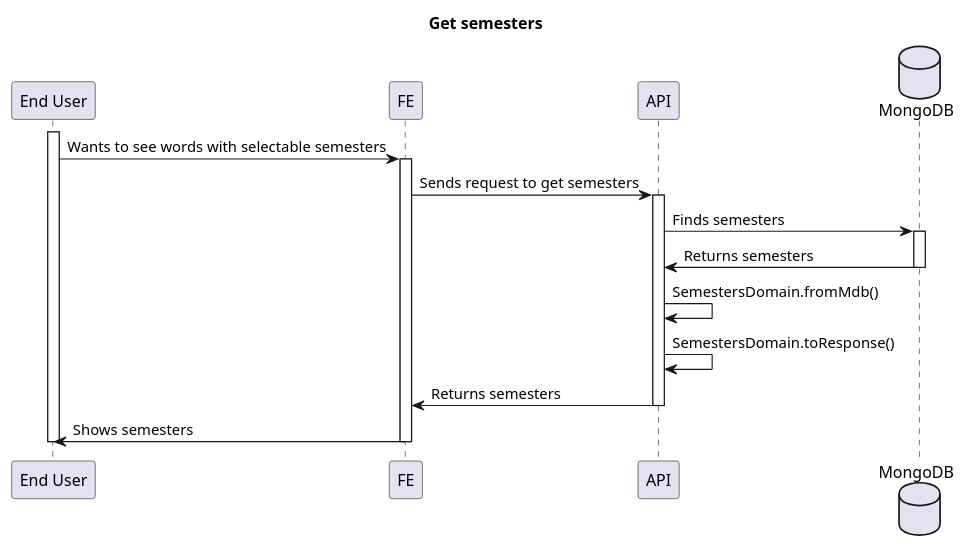
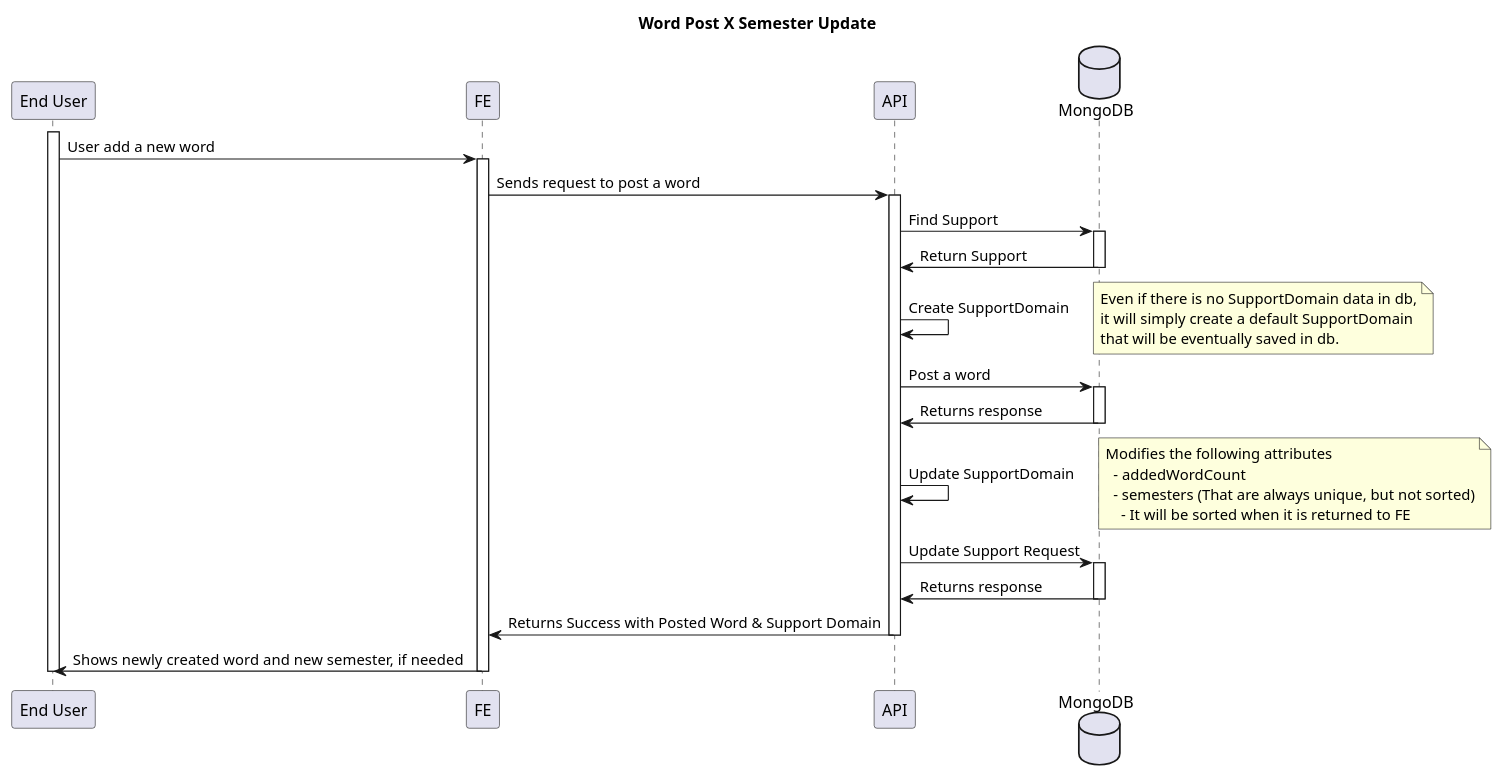
The diagram in api/semesters/semesters.md (ajktown/docs), drawn with PlantUML before and after one commit. The commit also changed other lines of this file, not shown here.

Commit message:
feat: Word Post X Semester Update

````diff
--- a/api/semesters/semesters.md
+++ b/api/semesters/semesters.md
@@ -51,30 +29,49 @@
 ```plantuml
 
 @startuml
 
-title Get semesters
+title Word Post X Semester Update
 
 participant "End User" as user
 participant "FE" as fe
 participant "API" as api
 database "MongoDB" as db
 
 activate user
-  user -> fe: Wants to see words with selectable semesters
+  user -> fe: User add a new word
   activate fe
-    fe -> api: Sends request to get semesters
+    fe -> api: Sends request to post a word
     activate api
-      api -> db: Finds semesters
+      api -> db: Find Support
       activate db
-        api <- db: Returns semesters
+        api <- db: Return Support
       deactivate db
-      api -> api: SemestersDomain.fromMdb()
-      api -> api: SemestersDomain.toResponse()
-      fe <- api: Returns semesters
+      api -> api: Create SupportDomain
+      note right
+        Even if there is no SupportDomain data in db,
+        it will simply create a default SupportDomain
+        that will be eventually saved in db.
+      end note
+      api -> db: Post a word
+      activate db
+        api <- db: Returns response
+      deactivate db
+      api -> api: Update SupportDomain
+      note right
+        Modifies the following attributes
+          - addedWordCount
+          - semesters (That are always unique, but not sorted)
+            - It will be sorted when it is returned to FE
+      end note
+      api -> db: Update Support Request
+      activate db
+        api <- db: Returns response
+      deactivate db
+      fe <- api: Returns Success with Posted Word & Support Domain
     deactivate api
-    user <- fe: Shows semesters
+    user <- fe: Shows newly created word and new semester, if needed
   deactivate fe
 deactivate user
 
 
 ```
````
